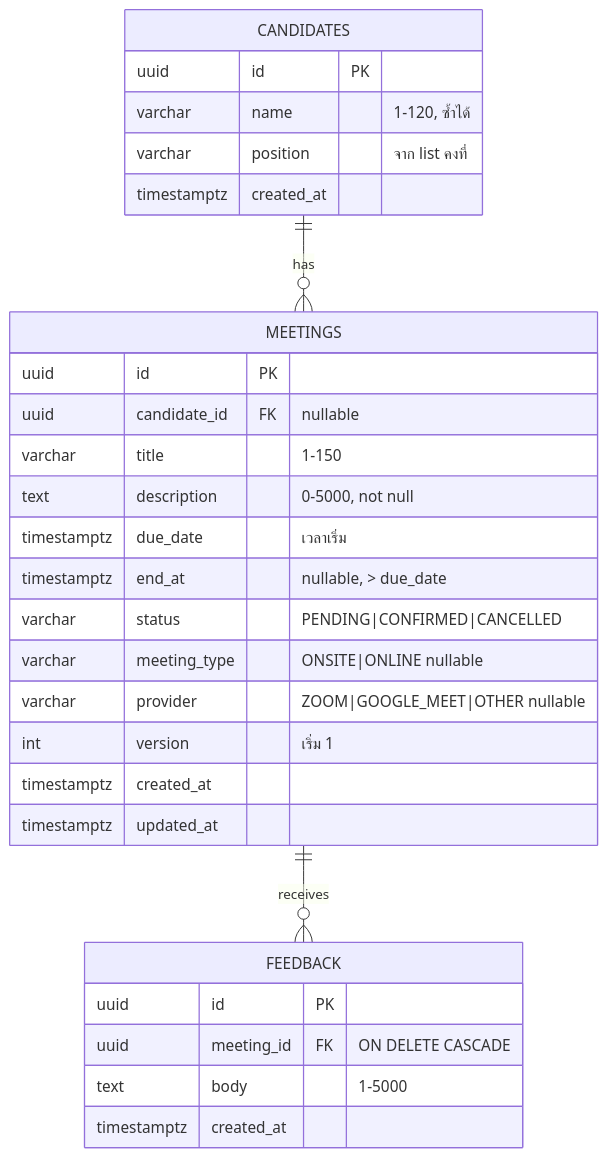
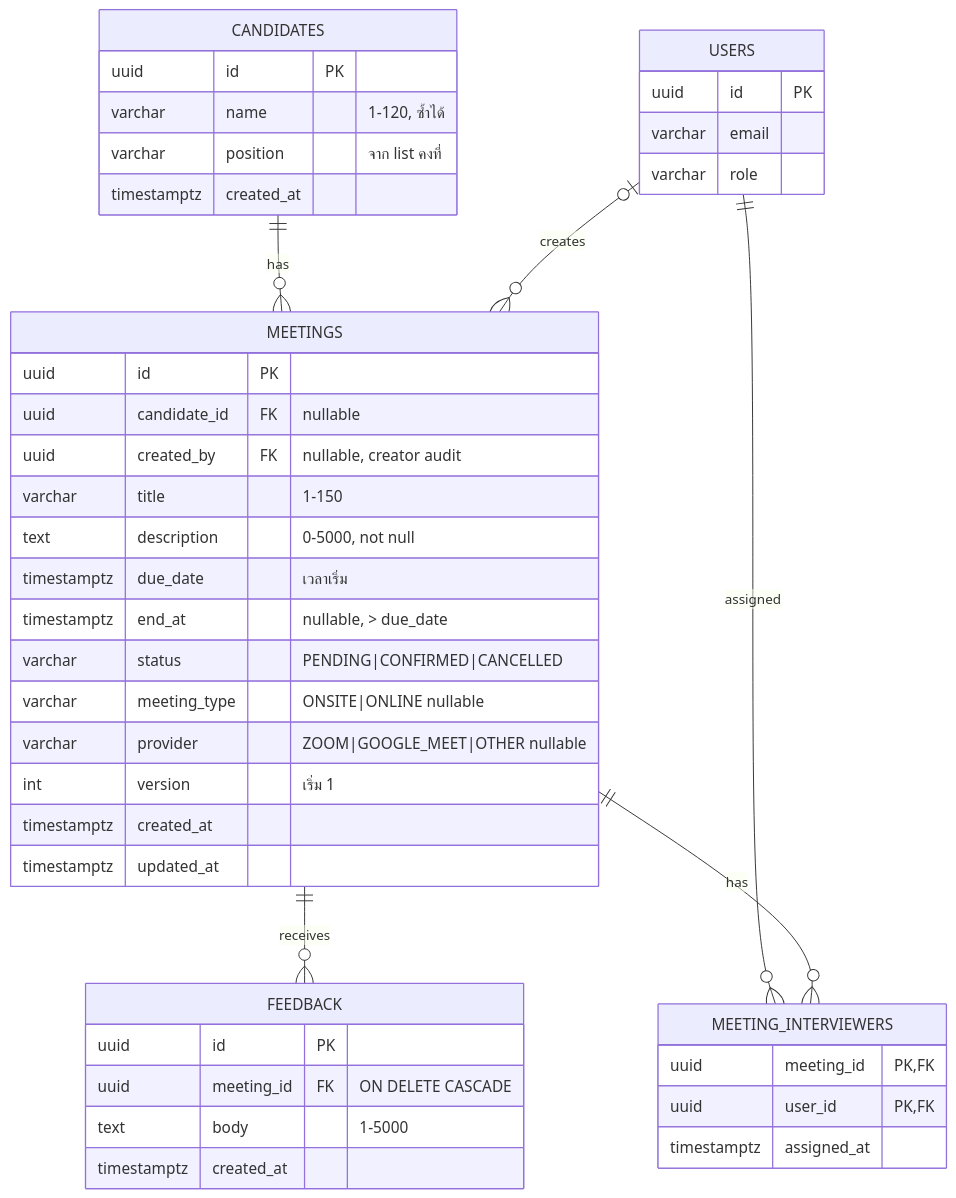
The second of 2 diagrams in docs/discussion/finally/final-architecture.md (Mrdiamond096/meeting-manager), drawn with Mermaid before and after one commit. The commit also changed other lines of this file and 8 other files, not shown here.

Commit message:
docs: define assigned-interviewer permissions and flow

````diff
--- a/docs/discussion/finally/final-architecture.md
+++ b/docs/discussion/finally/final-architecture.md
@@ -52,25 +52,35 @@
 ```mermaid
 erDiagram
   CANDIDATES ||--o{ MEETINGS : has
   MEETINGS ||--o{ FEEDBACK : receives
+  USERS ||--o{ MEETING_INTERVIEWERS : assigned
+  MEETINGS ||--o{ MEETING_INTERVIEWERS : has
+  USERS o|--o{ MEETINGS : creates
+  USERS { uuid id PK
+    varchar email
+    varchar role }
+  MEETING_INTERVIEWERS { uuid meeting_id PK,FK
+    uuid user_id PK,FK
+    timestamptz assigned_at }
   CANDIDATES { uuid id PK
     varchar name "1-120, ซ้ำได้"
     varchar position "จาก list คงที่"
     timestamptz created_at }
   MEETINGS { uuid id PK
     uuid candidate_id FK "nullable"
+    uuid created_by FK "nullable, creator audit"
     varchar title "1-150"
     text description "0-5000, not null"
     timestamptz due_date "เวลาเริ่ม"
     timestamptz end_at "nullable, > due_date"
     varchar status "PENDING|CONFIRMED|CANCELLED"
     varchar meeting_type "ONSITE|ONLINE nullable"
     varchar provider "ZOOM|GOOGLE_MEET|OTHER nullable"
     int version "เริ่ม 1"
     timestamptz created_at
     timestamptz updated_at }
   FEEDBACK { uuid id PK
     uuid meeting_id FK "ON DELETE CASCADE"
     text body "1-5000"
     timestamptz created_at }
 ```
````
